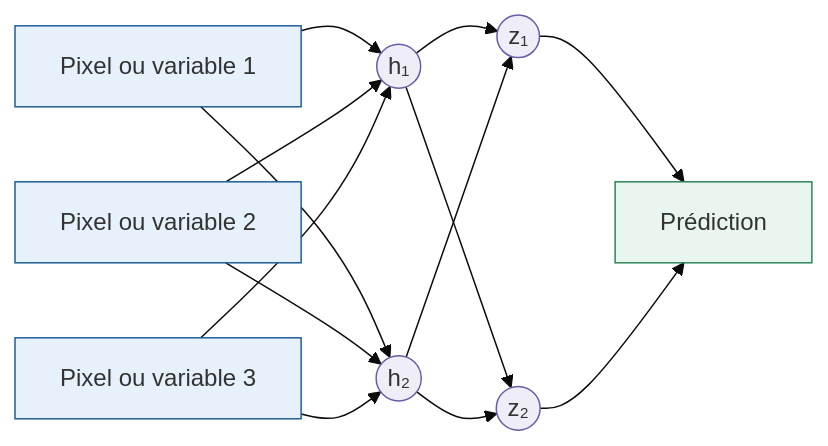
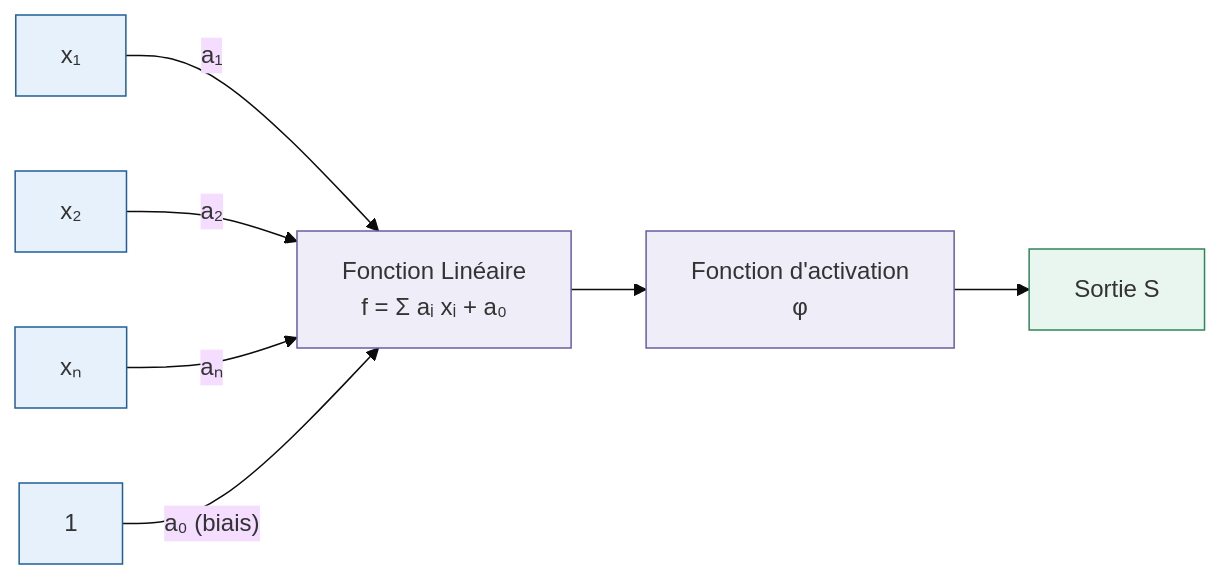
The fourth of 6 diagrams in content/S7/IN451-IA/cours.md (matheo-guillevic/REVISION), drawn with Mermaid (base theme) before and after one commit. The commit also changed other lines of this file and 48 other files, not shown here.

````diff
--- a/content/S7/IN451-IA/cours.md
+++ b/content/S7/IN451-IA/cours.md
@@ -319,22 +303,16 @@
 ```mermaid
 flowchart LR
-  I1[Pixel ou variable 1] --> H1((h₁))
-  I1 --> H2((h₂))
-  I2[Pixel ou variable 2] --> H1
-  I2 --> H2
-  I3[Pixel ou variable 3] --> H1
-  I3 --> H2
-  H1 --> Z1((z₁))
-  H1 --> Z2((z₂))
-  H2 --> Z1
-  H2 --> Z2
-  Z1 --> O[Prédiction]
-  Z2 --> O
+  I1[x₁] -- a₁ --> F[Fonction Linéaire<br/>f = Σ aᵢ xᵢ + a₀]
+  I2[x₂] -- a₂ --> F
+  In[xₙ] -- aₙ --> F
+  B[1] -- a₀ (biais) --> F
+  F --> A[Fonction d'activation<br/>φ]
+  A --> Out[Sortie S]
 
   classDef input fill:#e7f1fb,stroke:#1f5f99
-  classDef hidden fill:#efedf8,stroke:#6b5ca5
+  classDef proc fill:#efedf8,stroke:#6b5ca5
   classDef output fill:#e8f6ef,stroke:#2f855a
-  class I1,I2,I3 input
-  class H1,H2,Z1,Z2 hidden
-  class O output
+  class I1,I2,In,B input
+  class F,A proc
+  class Out output
 ```
````
